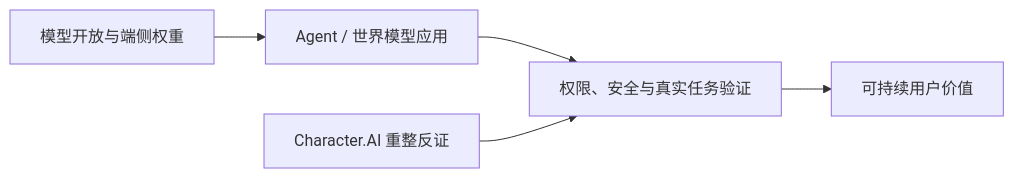
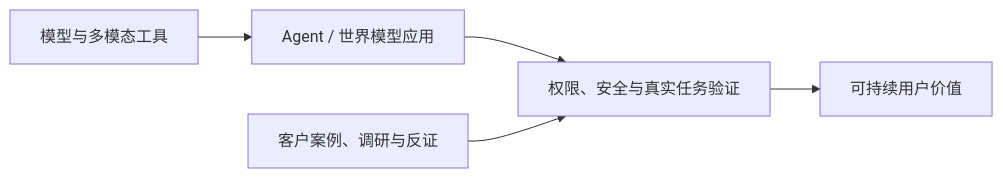
The diagram in README.md (wwxd100/ai-news), drawn with Mermaid before and after one commit. The commit also changed other lines of this file and 8 other files, not shown here.

````diff
--- a/README.md
+++ b/README.md
@@ -62,7 +64,7 @@
 ```mermaid
 flowchart LR
-  A["模型开放与端侧权重"] --> B["Agent / 世界模型应用"]
+  A["模型与多模态工具"] --> B["Agent / 世界模型应用"]
   B --> C["权限、安全与真实任务验证"]
   C --> D["可持续用户价值"]
-  E["Character.AI 重整反证"] --> C
+  E["客户案例、调研与反证"] --> C
 ```
````
